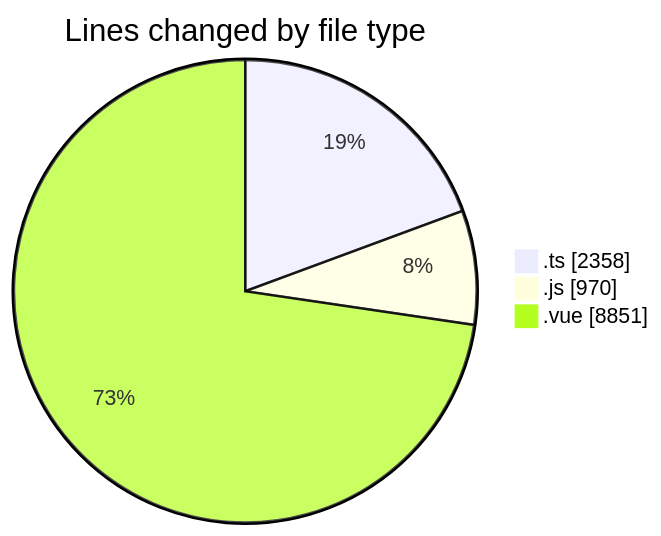
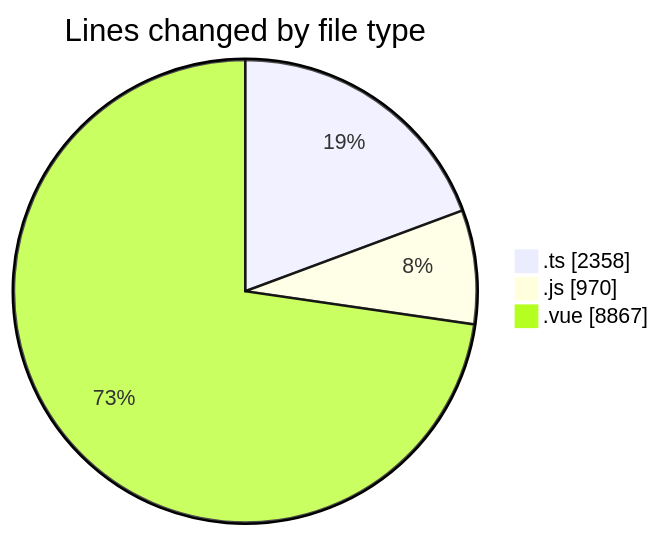
One commit to lephambinh05/code-tracking changed the first of 2 diagrams in 2025-08-16/rentotp/README.md. Above: the diagram before and after it, drawn with Mermaid. The commit also changed other lines of this file and 1 other file, not shown here.

````diff
--- a/2025-08-16/rentotp/README.md
+++ b/2025-08-16/rentotp/README.md
@@ -54,7 +54,7 @@
 ```mermaid
 pie showData
 title Lines changed by file type
 ".ts" : 2358
 ".js" : 970
-".vue" : 8851
+".vue" : 8867
 ```
````
